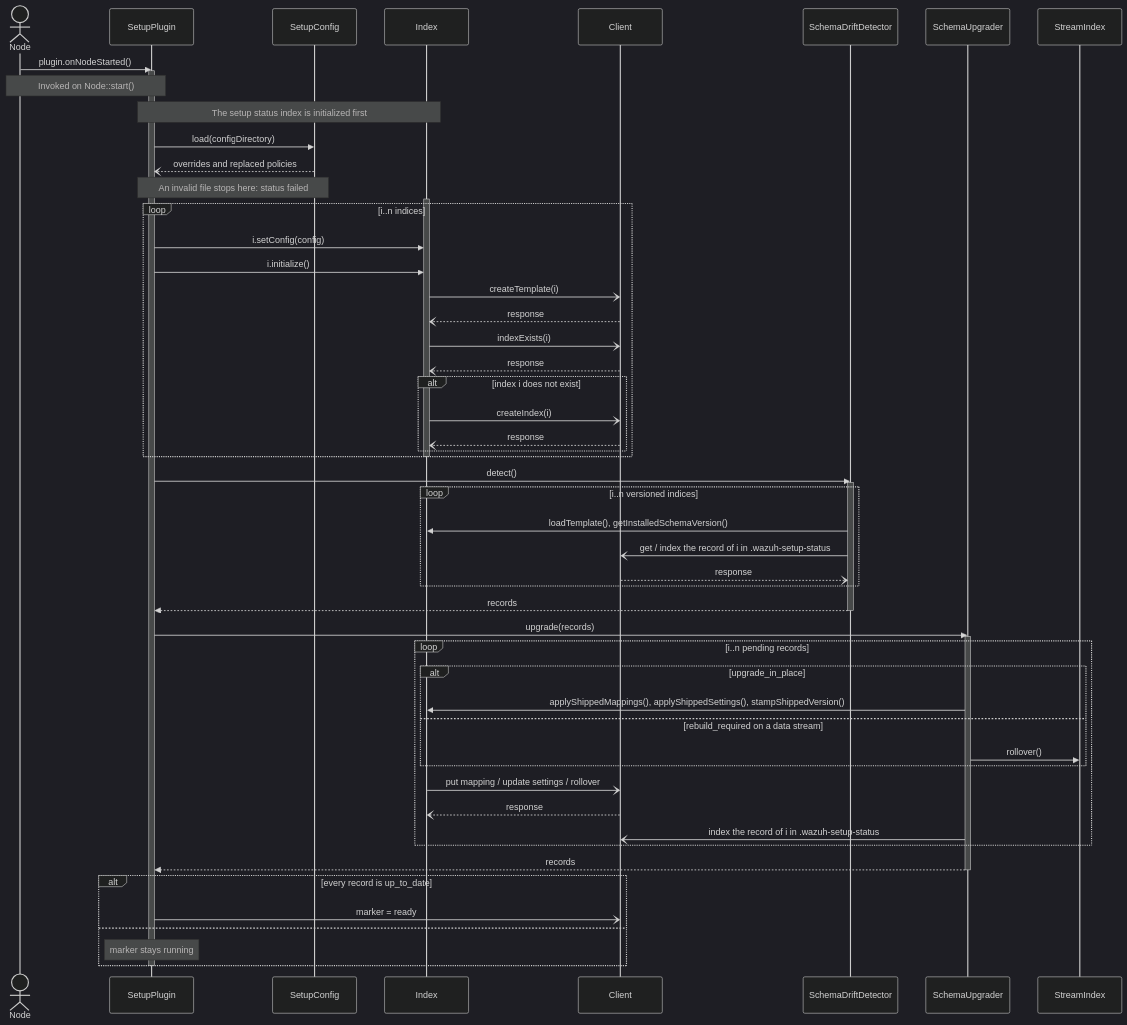
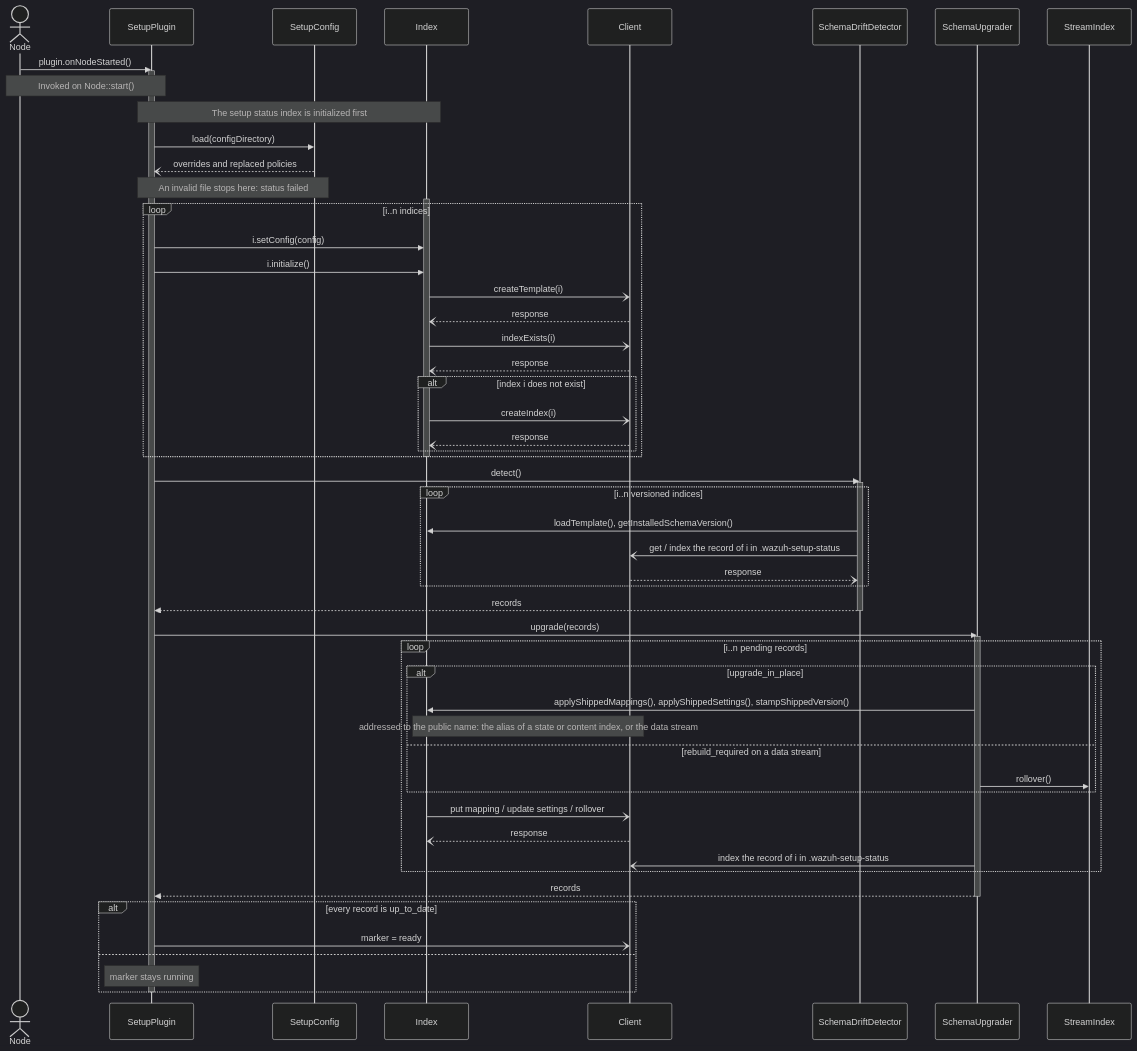
The second of 2 diagrams in docs/dev/plugins/setup.md (wazuh/wazuh-indexer-plugins), drawn with Mermaid (dark theme) before and after one commit. The commit also changed other lines of this file and 2 other files, not shown here.

First line of the commit message:
Name the alias of the state indices in the upgrade docs and test

````diff
--- a/docs/dev/plugins/setup.md
+++ b/docs/dev/plugins/setup.md
@@ -111,68 +125,69 @@
 ```mermaid
 sequenceDiagram
     actor Node
     participant SetupPlugin
     participant SetupConfig
     participant Index
     participant Client
     Node->>SetupPlugin: plugin.onNodeStarted()
     activate SetupPlugin
     Note over Node,SetupPlugin: Invoked on Node::start()
 
     Note over SetupPlugin,Index: The setup status index is initialized first
     SetupPlugin->>SetupConfig: load(configDirectory)
     SetupConfig--)SetupPlugin: overrides and replaced policies
     Note over SetupPlugin,SetupConfig: An invalid file stops here: status failed
 
     activate Index
     loop i..n indices
         SetupPlugin->>Index: i.setConfig(config)
         SetupPlugin->>Index: i.initialize()
 
 
         Index-)Client: createTemplate(i)
         Client--)Index: response
 
         Index-)Client: indexExists(i)
         Client--)Index: response
         alt index i does not exist
             Index-)Client: createIndex(i)
             Client--)Index: response
         end
     end
 
     deactivate Index
 
     participant SchemaDriftDetector
     SetupPlugin->>SchemaDriftDetector: detect()
     activate SchemaDriftDetector
     loop i..n versioned indices
         SchemaDriftDetector->>Index: loadTemplate(), getInstalledSchemaVersion()
         SchemaDriftDetector-)Client: get / index the record of i in .wazuh-setup-status
         Client--)SchemaDriftDetector: response
     end
     SchemaDriftDetector-->>SetupPlugin: records
     deactivate SchemaDriftDetector
 
     participant SchemaUpgrader
     SetupPlugin->>SchemaUpgrader: upgrade(records)
     activate SchemaUpgrader
     loop i..n pending records
         alt upgrade_in_place
             SchemaUpgrader->>Index: applyShippedMappings(), applyShippedSettings(), stampShippedVersion()
+            Note over Index,Client: addressed to the public name: the alias of a state or content index, or the data stream
         else rebuild_required on a data stream
             SchemaUpgrader->>StreamIndex: rollover()
         end
         Index-)Client: put mapping / update settings / rollover
         Client--)Index: response
         SchemaUpgrader-)Client: index the record of i in .wazuh-setup-status
     end
     SchemaUpgrader-->>SetupPlugin: records
     deactivate SchemaUpgrader
     alt every record is up_to_date
         SetupPlugin-)Client: marker = ready
     else
         Note over SetupPlugin: marker stays running
     end
     deactivate SetupPlugin
 ```
````
